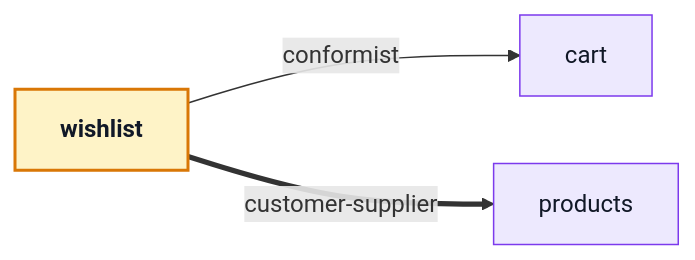
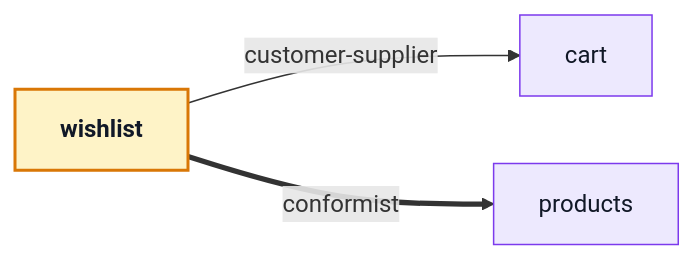
One commit to Guebbit/boilerplate-vue-frontend changed the diagram in docs/modules/wishlist.md. Above: the diagram before and after it, drawn with Mermaid. The commit also changed other lines of this file and 18 other files, not shown here.

````diff
--- a/docs/modules/wishlist.md
+++ b/docs/modules/wishlist.md
@@ -24,13 +24,13 @@
 ```mermaid
 %%{init: {'flowchart': {'nodeSpacing': 45, 'rankSpacing': 75}}}%%
 flowchart LR
-    wishlist["<b>wishlist</b>"] -->|"conformist"| cart["cart"]
-    wishlist["<b>wishlist</b>"] ==>|"customer-supplier"| products["products"]
+    wishlist["<b>wishlist</b>"] -->|"customer-supplier"| cart["cart"]
+    wishlist["<b>wishlist</b>"] ==>|"conformist"| products["products"]
 
     classDef core fill:#ede9fe,stroke:#7c3aed,color:#111827;
     classDef supporting fill:#dbeafe,stroke:#2563eb,color:#111827;
     classDef generic fill:#ccfbf1,stroke:#0f766e,color:#111827;
     classDef self fill:#fef3c7,stroke:#d97706,color:#111827,stroke-width:2px;
     class cart,products core;
     class wishlist self;
 ```
````
